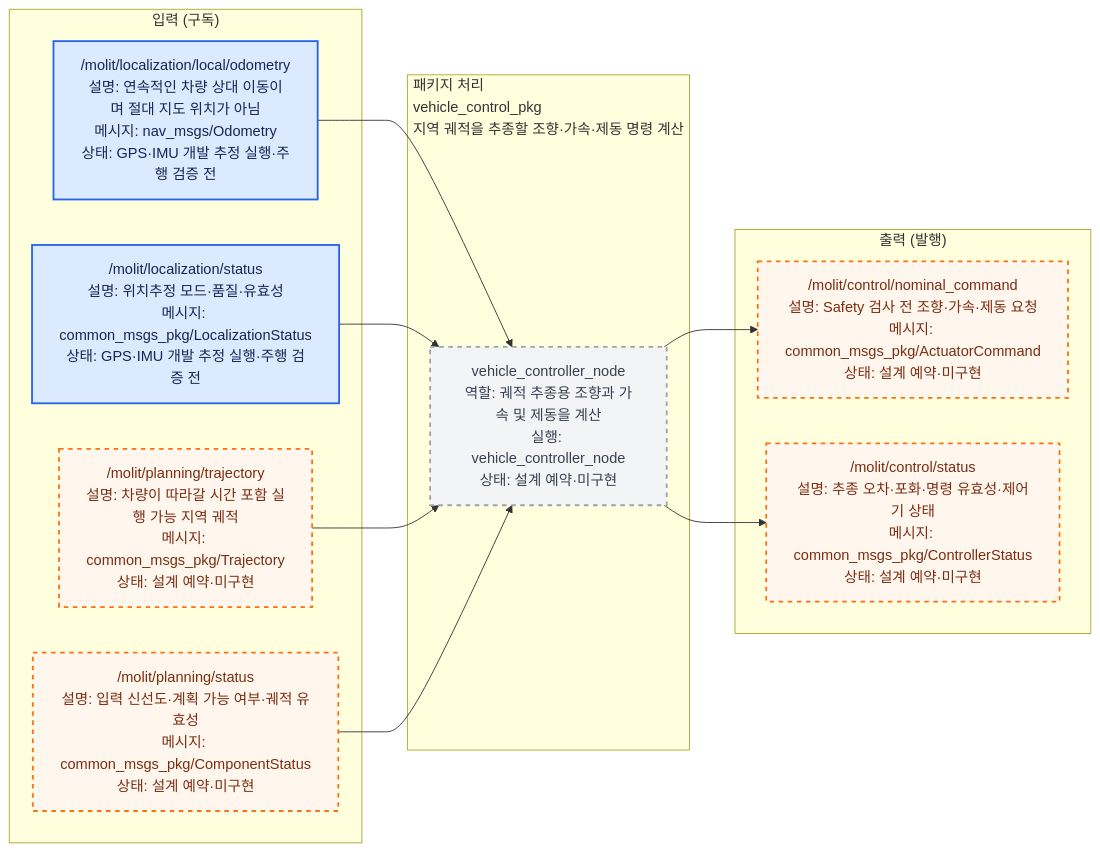
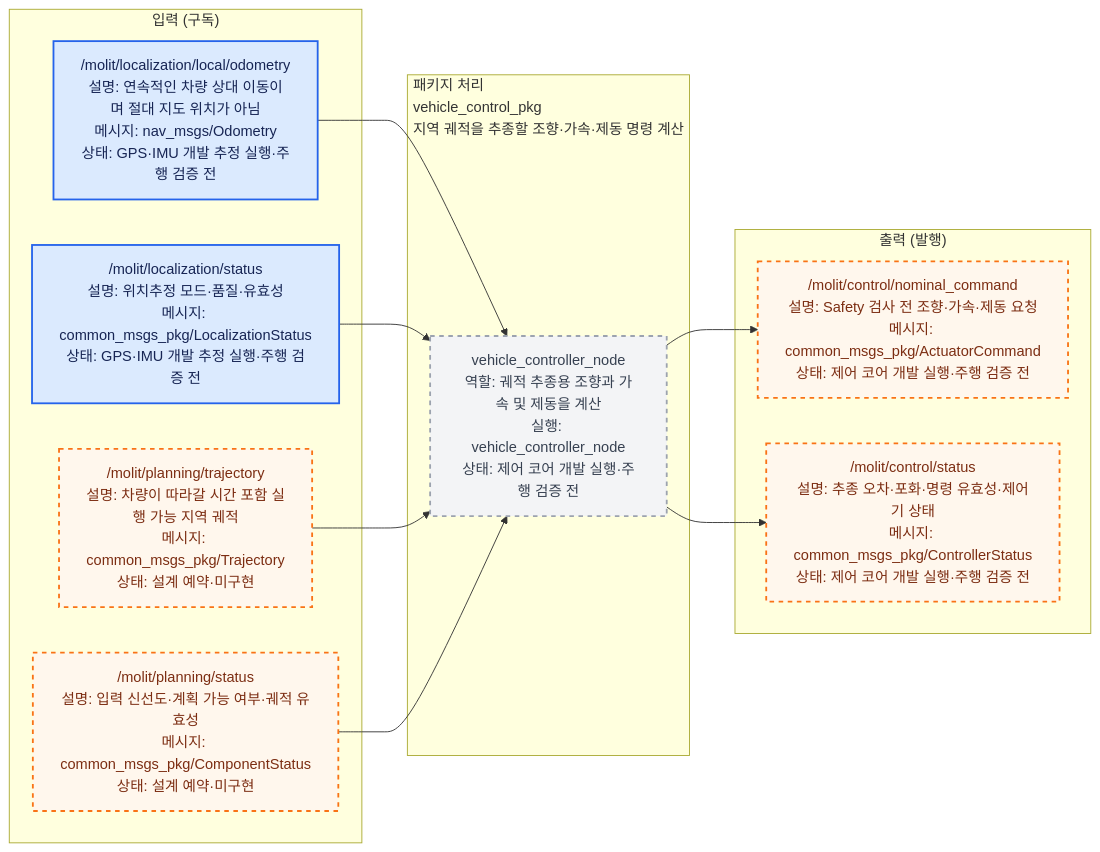
Before and after one commit to Team-Stier/Morai_Sim_team2: the diagram in src/vehicle_control_pkg/docs/interface_io.mmd, drawn with Mermaid. The commit also changed 228 other files, not shown here.

```diff
--- a/src/vehicle_control_pkg/docs/interface_io.mmd
+++ b/src/vehicle_control_pkg/docs/interface_io.mmd
@@ -1,38 +1,38 @@
 %% AUTO-GENERATED by ros_architecture_pkg/scripts/generate_interface_diagrams.py. DO NOT EDIT.
 %% Source of truth: ros_architecture_pkg/config/interface_contract.yaml
 flowchart LR
     classDef liveNode fill:#dcfce7,color:#14532d,stroke:#16a34a,stroke-width:2px;
     classDef reservedNode fill:#f3f4f6,color:#374151,stroke:#9ca3af,stroke-width:2px,stroke-dasharray: 5 5;
     classDef liveTopic fill:#dbeafe,color:#172554,stroke:#2563eb,stroke-width:2px;
     classDef reservedTopic fill:#fff7ed,color:#7c2d12,stroke:#f97316,stroke-width:2px,stroke-dasharray: 5 5;
     classDef emptyPort fill:#ffffff,color:#6b7280,stroke:#d1d5db,stroke-dasharray: 3 3;
     classDef externalEndpoint fill:#f3e8ff,color:#581c87,stroke:#9333ea,stroke-width:3px;
 
     subgraph INPUTS["입력 (구독)"]
         input_000["/molit/localization/local/odometry<br/>설명: 연속적인 차량 상대 이동이며 절대 지도 위치가 아님<br/>메시지: nav_msgs/Odometry<br/>상태: GPS·IMU 개발 추정 실행·주행 검증 전"]
         input_001["/molit/localization/status<br/>설명: 위치추정 모드·품질·유효성<br/>메시지: common_msgs_pkg/LocalizationStatus<br/>상태: GPS·IMU 개발 추정 실행·주행 검증 전"]
         input_002["/molit/planning/trajectory<br/>설명: 차량이 따라갈 시간 포함 실행 가능 지역 궤적<br/>메시지: common_msgs_pkg/Trajectory<br/>상태: 설계 예약·미구현"]
         input_003["/molit/planning/status<br/>설명: 입력 신선도·계획 가능 여부·궤적 유효성<br/>메시지: common_msgs_pkg/ComponentStatus<br/>상태: 설계 예약·미구현"]
     end
     subgraph PACKAGE["패키지 처리<br/>vehicle_control_pkg<br/>지역 궤적을 추종할 조향·가속·제동 명령 계산"]
-        local_node_000["vehicle_controller_node<br/>역할: 궤적 추종용 조향과 가속 및 제동을 계산<br/>실행: vehicle_controller_node<br/>상태: 설계 예약·미구현"]
+        local_node_000["vehicle_controller_node<br/>역할: 궤적 추종용 조향과 가속 및 제동을 계산<br/>실행: vehicle_controller_node<br/>상태: 제어 코어 개발 실행·주행 검증 전"]
     end
     subgraph OUTPUTS["출력 (발행)"]
-        output_000["/molit/control/nominal_command<br/>설명: Safety 검사 전 조향·가속·제동 요청<br/>메시지: common_msgs_pkg/ActuatorCommand<br/>상태: 설계 예약·미구현"]
-        output_001["/molit/control/status<br/>설명: 추종 오차·포화·명령 유효성·제어기 상태<br/>메시지: common_msgs_pkg/ControllerStatus<br/>상태: 설계 예약·미구현"]
+        output_000["/molit/control/nominal_command<br/>설명: Safety 검사 전 조향·가속·제동 요청<br/>메시지: common_msgs_pkg/ActuatorCommand<br/>상태: 제어 코어 개발 실행·주행 검증 전"]
+        output_001["/molit/control/status<br/>설명: 추종 오차·포화·명령 유효성·제어기 상태<br/>메시지: common_msgs_pkg/ControllerStatus<br/>상태: 제어 코어 개발 실행·주행 검증 전"]
     end
 
     input_000 --> local_node_000
     input_001 --> local_node_000
     input_002 --> local_node_000
     input_003 --> local_node_000
     local_node_000 --> output_000
     local_node_000 --> output_001
 
     class local_node_000 reservedNode;
     class input_000 liveTopic;
     class input_001 liveTopic;
     class input_002 reservedTopic;
     class input_003 reservedTopic;
     class output_000 reservedTopic;
     class output_001 reservedTopic;
```
